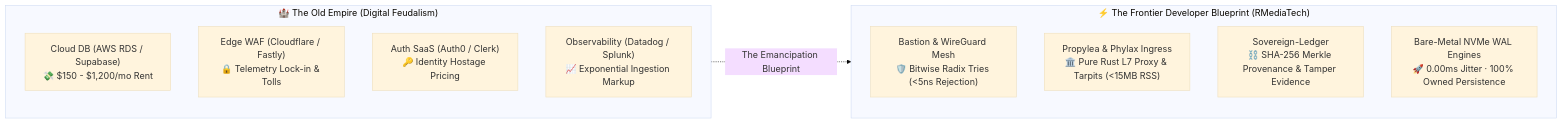
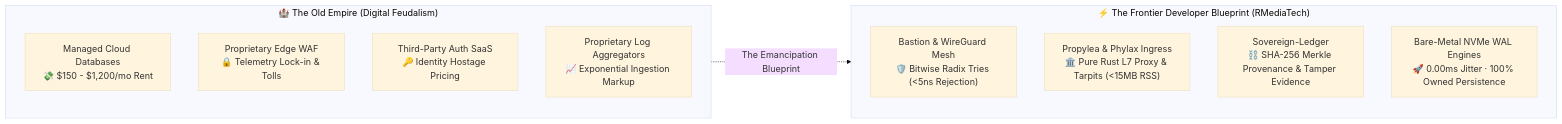
Before and after one commit to xuoxod/rmediatech-docs: the diagram in README.md, drawn with Mermaid (base theme). The commit also changed other lines of this file, not shown here.

Commit message:
docs: sanitize third-party brand names into functional descriptions

````diff
--- a/README.md
+++ b/README.md
@@ -51,20 +51,20 @@
 ```mermaid
 flowchart LR
     subgraph OldEmpire ["🏰 The Old Empire (Digital Feudalism)"]
         direction TB
-        CloudDB["Cloud DB (AWS RDS / Supabase)\n💸 $150 - $1,200/mo Rent"]
-        CloudProxy["Edge WAF (Cloudflare / Fastly)\n🔒 Telemetry Lock-in & Tolls"]
-        CloudAuth["Auth SaaS (Auth0 / Clerk)\n🔑 Identity Hostage Pricing"]
-        CloudLog["Observability (Datadog / Splunk)\n📈 Exponential Ingestion Markup"]
+        CloudDB["Managed Cloud Databases\n💸 $150 - $1,200/mo Rent"]
+        CloudProxy["Proprietary Edge WAF\n🔒 Telemetry Lock-in & Tolls"]
+        CloudAuth["Third-Party Auth SaaS\n🔑 Identity Hostage Pricing"]
+        CloudLog["Proprietary Log Aggregators\n📈 Exponential Ingestion Markup"]
     end
 
     subgraph SovereignFleet ["⚡ The Frontier Developer Blueprint (RMediaTech)"]
         direction TB
         BastionMesh["Bastion & WireGuard Mesh\n🛡️ Bitwise Radix Tries (<5ns Rejection)"]
         PropyleaIngress["Propylea & Phylax Ingress\n🏛️ Pure Rust L7 Proxy & Tarpits (<15MB RSS)"]
         SovereignLedger["Sovereign-Ledger\n⛓️ SHA-256 Merkle Provenance & Tamper Evidence"]
         LocalEngines["Bare-Metal NVMe WAL Engines\n🚀 0.00ms Jitter · 100% Owned Persistence"]
     end
 
     OldEmpire -.->|"The Emancipation Blueprint"| SovereignFleet
 ```
````
